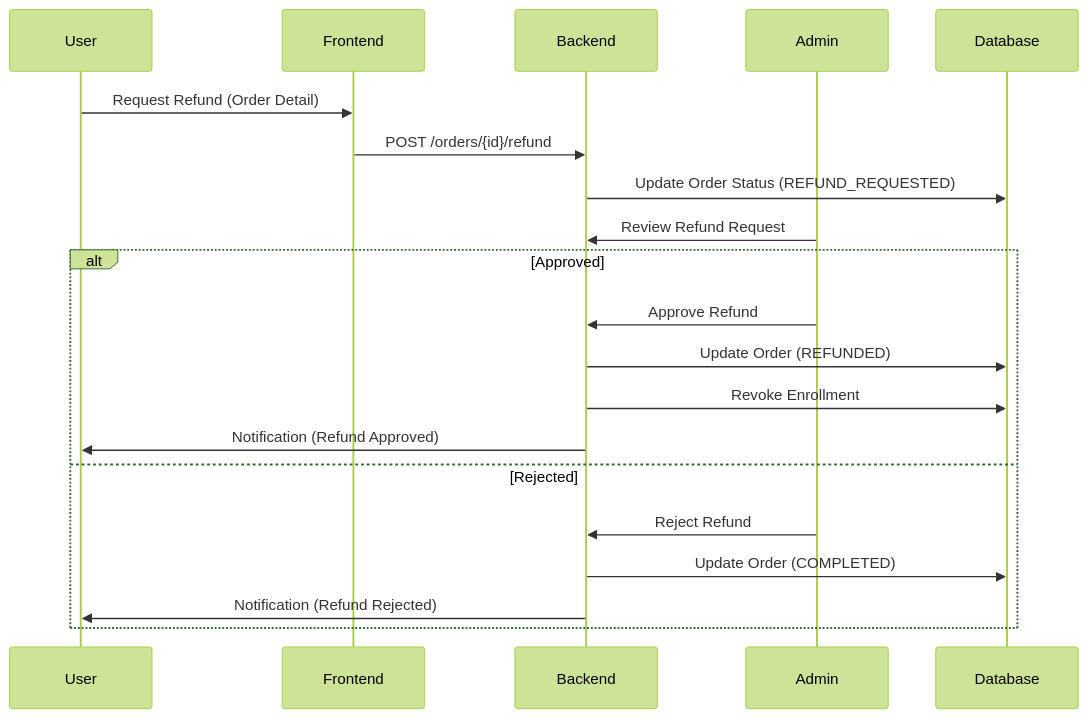
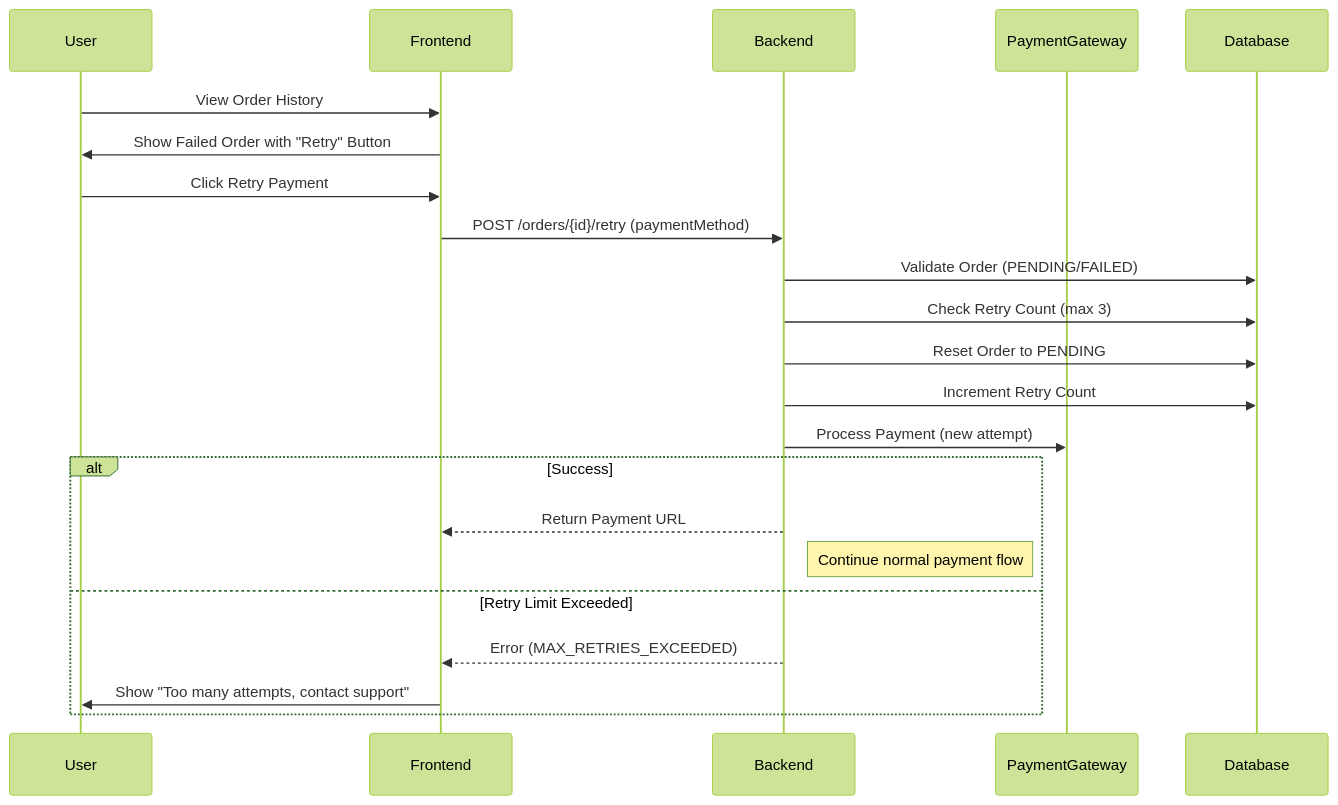
One commit to HuuLocFIT/EduMind changed the seventh of 13 diagrams in docs/workflows/payment_workflows.md. Above: the diagram before and after it, drawn with Mermaid (forest theme). The commit also changed other lines of this file, not shown here.

Commit message:
Enhance payment workflows documentation to include detailed descriptions of PayPal and SePay checkout flows, including sequence diagrams, currency conversion details, and webhook handling for payment confirmations.

````diff
--- a/docs/workflows/payment_workflows.md
+++ b/docs/workflows/payment_workflows.md
@@ -51,22 +247,26 @@
 ```mermaid
 sequenceDiagram
     participant User
     participant Frontend
     participant Backend
-    participant Admin
+    participant PaymentGateway
+    participant Database
 
-    User->>Frontend: Request Refund (Order Detail)
-    Frontend->>Backend: POST /orders/{id}/refund
-    Backend->>Database: Update Order Status (REFUND_REQUESTED)
-    Admin->>Backend: Review Refund Request
-    alt Approved
-        Admin->>Backend: Approve Refund
-        Backend->>Database: Update Order (REFUNDED)
-        Backend->>Database: Revoke Enrollment
-        Backend->>User: Notification (Refund Approved)
-    else Rejected
-        Admin->>Backend: Reject Refund
-        Backend->>Database: Update Order (COMPLETED)
-        Backend->>User: Notification (Refund Rejected)
+    User->>Frontend: View Order History
+    Frontend->>User: Show Failed Order with "Retry" Button
+    User->>Frontend: Click Retry Payment
+    Frontend->>Backend: POST /orders/{id}/retry (paymentMethod)
+    Backend->>Database: Validate Order (PENDING/FAILED)
+    Backend->>Database: Check Retry Count (max 3)
+    Backend->>Database: Reset Order to PENDING
+    Backend->>Database: Increment Retry Count
+    Backend->>PaymentGateway: Process Payment (new attempt)
+    
+    alt Success
+        Backend-->>Frontend: Return Payment URL
+        Note right of Backend: Continue normal payment flow
+    else Retry Limit Exceeded
+        Backend-->>Frontend: Error (MAX_RETRIES_EXCEEDED)
+        Frontend->>User: Show "Too many attempts, contact support"
     end
 ```
````
